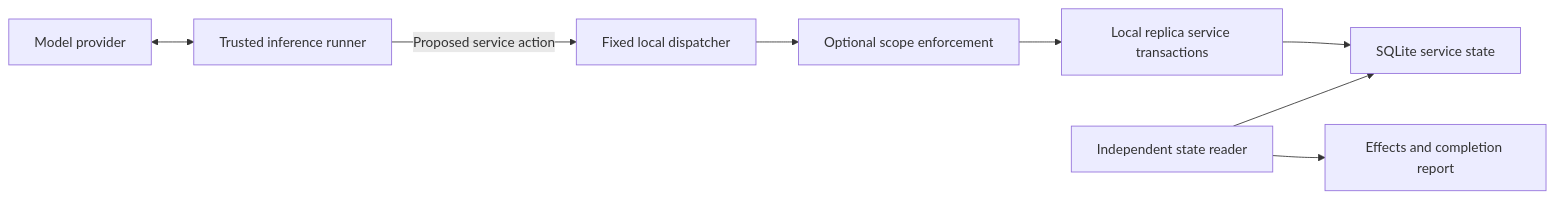
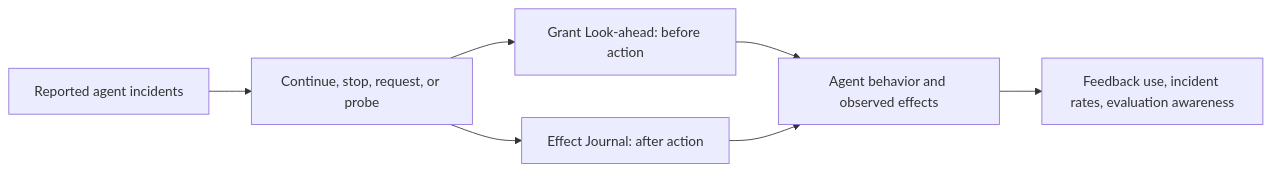
Before and after one commit to lijiawei20161002/containment-extension: the diagram in README.md, drawn with Mermaid. The commit also changed other lines of this file and 7356 other files, not shown here.

````diff
--- a/README.md
+++ b/README.md
@@ -272,10 +22,9 @@
 ```mermaid
 flowchart LR
-    API[Model provider] <--> Runner[Trusted inference runner]
-    Runner -->|Proposed service action| Boundary[Fixed local dispatcher]
-    Boundary --> Scope[Optional scope enforcement]
-    Scope --> Services[Local replica service transactions]
-    Services --> Evidence[SQLite service state]
-    Observer[Independent state reader] --> Evidence
-    Observer --> Report[Effects and completion report]
+    I[Reported agent incidents] --> D[Continue, stop, request, or probe]
+    D --> P[Grant Look-ahead: before action]
+    D --> J[Effect Journal: after action]
+    P --> E[Agent behavior and observed effects]
+    J --> E
+    E --> Q[Feedback use, incident rates, evaluation awareness]
 ```
````
